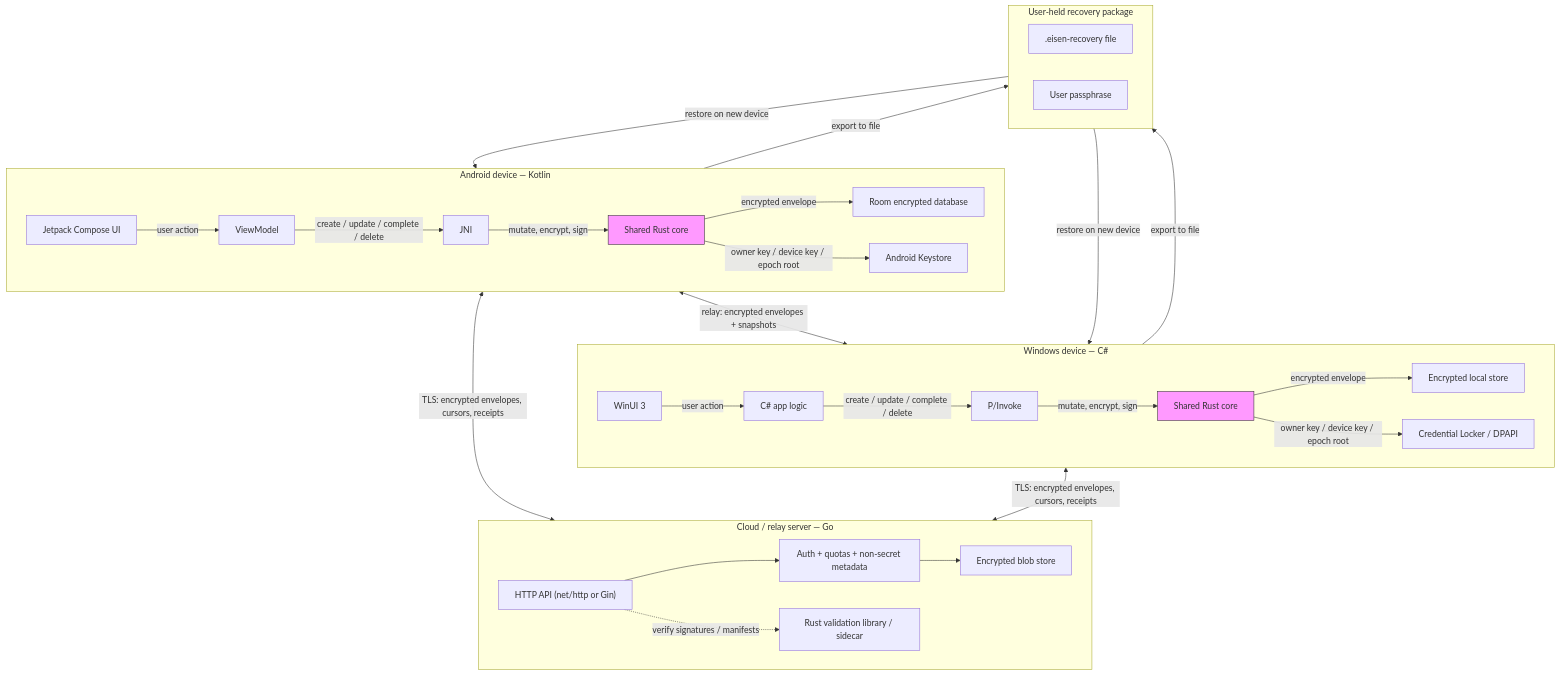
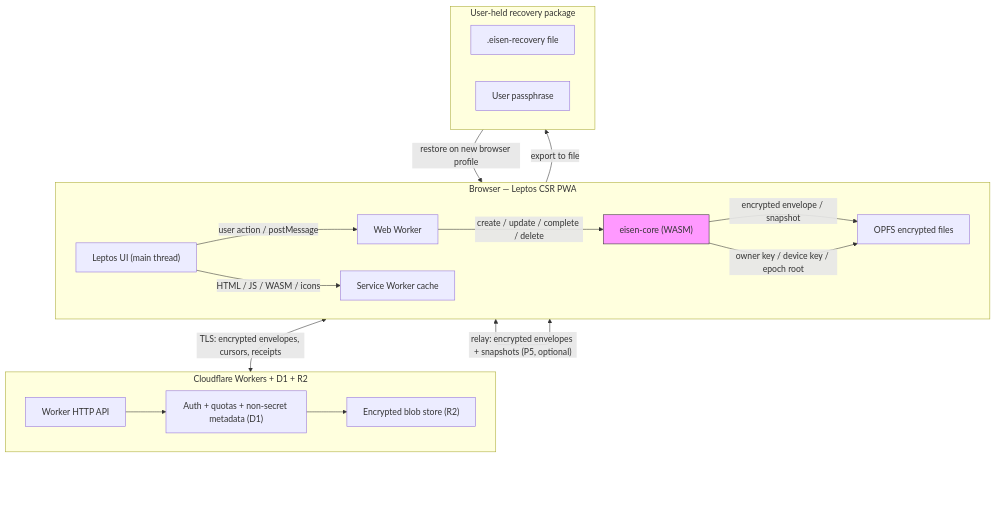
The diagram in docs/architecture-data-flow.md (FelixClements/Eisen), drawn with Mermaid before and after one commit. The commit also changed other lines of this file and 8 other files, not shown here.

First line of the commit message:
Update phasing-plan, ADRs, and project docs for the Leptos PWA + Cloudflare stack.

````diff
--- a/docs/architecture-data-flow.md
+++ b/docs/architecture-data-flow.md
@@ -9,59 +9,37 @@
 ```mermaid
 flowchart TB
-    subgraph Android["Android device — Kotlin"]
-        A_UI["Jetpack Compose UI"]
-        A_VM["ViewModel"]
-        A_ROOM["Room encrypted database"]
-        A_JNI["JNI"]
-        A_CORE["Shared Rust core"]
-        A_STORE["Android Keystore"]
+    subgraph Browser["Browser — Leptos CSR PWA"]
+        UI["Leptos UI (main thread)"]
+        Worker["Web Worker"]
+        Core["eisen-core (WASM)"]
+        Opfs["OPFS encrypted files"]
+        SW["Service Worker cache"]
 
-        A_UI -->|"user action"| A_VM
-        A_VM -->|"create / update / complete / delete"| A_JNI
-        A_JNI -->|"mutate, encrypt, sign"| A_CORE
-        A_CORE -->|"encrypted envelope"| A_ROOM
-        A_CORE -->|"owner key / device key / epoch root"| A_STORE
+        UI -->|"user action / postMessage"| Worker
+        Worker -->|"create / update / complete / delete"| Core
+        Core -->|"encrypted envelope / snapshot"| Opfs
+        Core -->|"owner key / device key / epoch root"| Opfs
+        UI -->|"HTML / JS / WASM / icons"| SW
     end
 
-    subgraph Windows["Windows device — C#"]
-        W_UI["WinUI 3"]
-        W_LOGIC["C# app logic"]
-        W_DB["Encrypted local store"]
-        W_PI["P/Invoke"]
-        W_CORE["Shared Rust core"]
-        W_VAULT["Credential Locker / DPAPI"]
+    subgraph Cloudflare["Cloudflare Workers + D1 + R2"]
+        API["Worker HTTP API"]
+        Auth["Auth + quotas + non-secret metadata (D1)"]
+        Blob["Encrypted blob store (R2)"]
 
-        W_UI -->|"user action"| W_LOGIC
-        W_LOGIC -->|"create / update / complete / delete"| W_PI
-        W_PI -->|"mutate, encrypt, sign"| W_CORE
-        W_CORE -->|"encrypted envelope"| W_DB
-        W_CORE -->|"owner key / device key / epoch root"| W_VAULT
-    end
-
-    subgraph Server["Cloud / relay server — Go"]
-        S_API["HTTP API (net/http or Gin)"]
-        S_AUTH["Auth + quotas + non-secret metadata"]
-        S_BLOB["Encrypted blob store"]
-        S_VAL["Rust validation library / sidecar"]
-
-        S_API --> S_AUTH
-        S_AUTH --> S_BLOB
-        S_API -.->|"verify signatures / manifests"| S_VAL
+        API --> Auth
+        Auth --> Blob
     end
 
     subgraph Recovery["User-held recovery package"]
         R_FILE[".eisen-recovery file"]
         R_PASS["User passphrase"]
     end
 
-    Android <-->|"TLS: encrypted envelopes, cursors, receipts"| Server
-    Windows <-->|"TLS: encrypted envelopes, cursors, receipts"| Server
-    Android <-->|"relay: encrypted envelopes + snapshots"| Windows
-    Android -->|"export to file"| Recovery
-    Windows -->|"export to file"| Recovery
-    Recovery -->|"restore on new device"| Android
-    Recovery -->|"restore on new device"| Windows
+    Browser <-->|"TLS: encrypted envelopes, cursors, receipts"| Cloudflare
+    Browser <-->|"relay: encrypted envelopes + snapshots (P5, optional)"| Browser
+    Browser -->|"export to file"| Recovery
+    Recovery -->|"restore on new browser profile"| Browser
 
-    style A_CORE fill:#f9f,stroke:#333
-    style W_CORE fill:#f9f,stroke:#333
+    style Core fill:#f9f,stroke:#333
 ```
````
